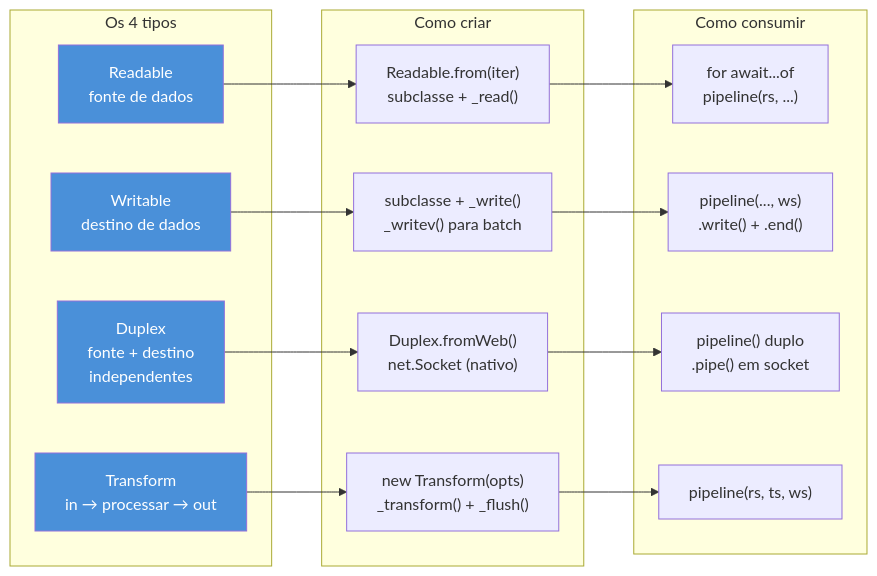
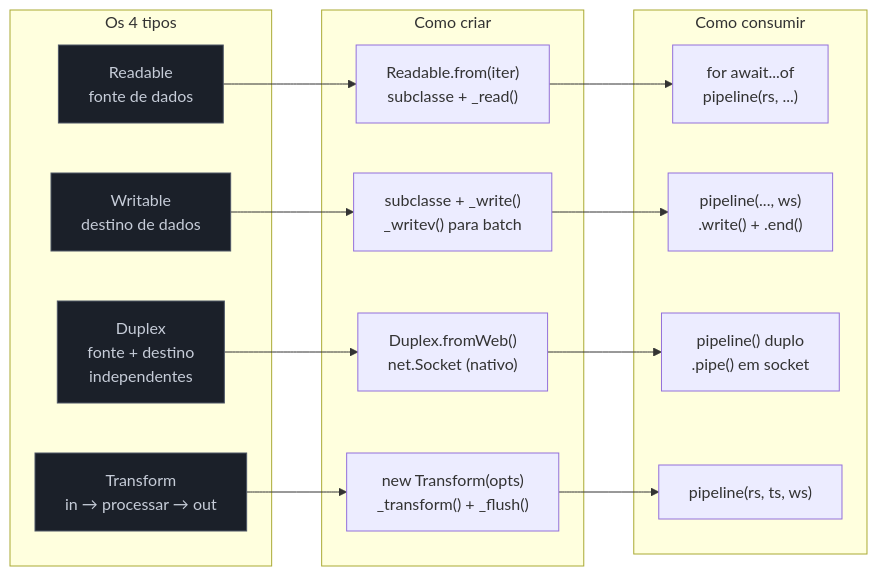
One commit to josenaldo/codex-technomanticus changed the diagram in 03-Dominios/Tecnologia/Node/Streams/12 - Armadilhas, regras práticas, cheatsheet.md. Above: the diagram before and after it, drawn with Mermaid. The commit also changed 1181 other files, not shown here.

First line of the commit message:
fix(diagramas): paleta do sistema no lugar de cor cravada no markdown

````diff
--- a/03-Dominios/Tecnologia/Node/Streams/12 - Armadilhas, regras práticas, cheatsheet.md
+++ b/03-Dominios/Tecnologia/Node/Streams/12 - Armadilhas, regras práticas, cheatsheet.md
@@ -31,33 +31,34 @@
 ```mermaid
 flowchart LR
+    classDef neutro fill:#1B2029,stroke:#4E5666,color:#C6CCD8
     subgraph Tipos["Os 4 tipos"]
         R["Readable\nfonte de dados"]
         W["Writable\ndestino de dados"]
         D["Duplex\nfonte + destino\nindependentes"]
         T["Transform\nin → processar → out"]
     end
 
     subgraph Criacao["Como criar"]
         RC["Readable.from(iter)\nsubclasse + _read()"]
         WC["subclasse + _write()\n_writev() para batch"]
         DC["Duplex.fromWeb()\nnet.Socket (nativo)"]
         TC["new Transform(opts)\n_transform() + _flush()"]
     end
 
     subgraph Consumo["Como consumir"]
         RP["for await...of\npipeline(rs, ...)"]
         WP["pipeline(..., ws)\n.write() + .end()"]
         DP["pipeline() duplo\n.pipe() em socket"]
         TP["pipeline(rs, ts, ws)"]
     end
 
     R --> RC --> RP
     W --> WC --> WP
     D --> DC --> DP
     T --> TC --> TP
 
-    style R fill:#4A90D9,color:#fff
-    style W fill:#4A90D9,color:#fff
-    style D fill:#4A90D9,color:#fff
-    style T fill:#4A90D9,color:#fff
+    class R neutro
+    class W neutro
+    class D neutro
+    class T neutro
 ```
````
